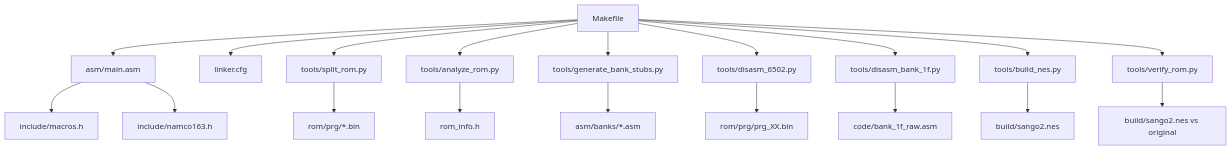
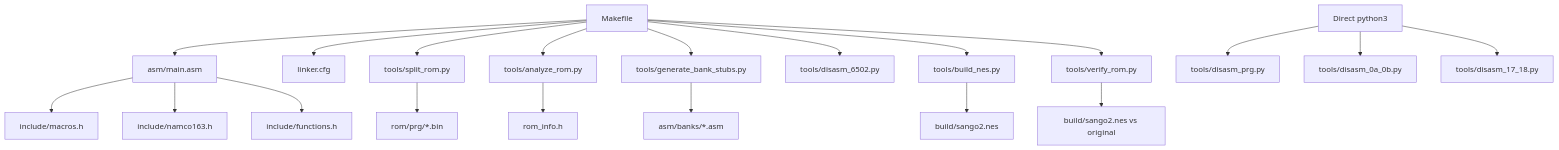
One commit to rabbyzero/sango2dasm changed the diagram in .qoder/repowiki/en/content/Getting Started Guide.md. Above: the diagram before and after it, drawn with Mermaid. The commit also changed other lines of this file and 12 other files, not shown here.

Commit message:
prg bank $0c $0d analysis done.

````diff
--- a/.qoder/repowiki/en/content/Getting Started Guide.md
+++ b/.qoder/repowiki/en/content/Getting Started Guide.md
@@ -116,21 +120,22 @@
 ```mermaid
 graph TB
 A["Makefile"] --> B["asm/main.asm"]
 A --> C["linker.cfg"]
 B --> D["include/macros.h"]
 B --> E["include/namco163.h"]
+B --> E2["include/functions.h"]
 A --> F["tools/split_rom.py"]
 A --> G["tools/analyze_rom.py"]
 A --> H["tools/generate_bank_stubs.py"]
 A --> I["tools/disasm_6502.py"]
-A --> J["tools/disasm_bank_1f.py"]
 A --> K["tools/build_nes.py"]
 A --> L["tools/verify_rom.py"]
-F --> M["rom/prg/*.bin"]
-G --> N["rom_info.h"]
-H --> O["asm/banks/*.asm"]
-I --> P["rom/prg/prg_XX.bin"]
-J --> Q["code/bank_1f_raw.asm"]
-K --> R["build/sango2.nes"]
-L --> S["build/sango2.nes vs original"]
+DIRECT["Direct python3"] --> M["tools/disasm_prg.py"]
+DIRECT --> N["tools/disasm_0a_0b.py"]
+DIRECT --> O["tools/disasm_17_18.py"]
+F --> P["rom/prg/*.bin"]
+G --> Q["rom_info.h"]
+H --> R["asm/banks/*.asm"]
+K --> S["build/sango2.nes"]
+L --> T["build/sango2.nes vs original"]
 ```
````
